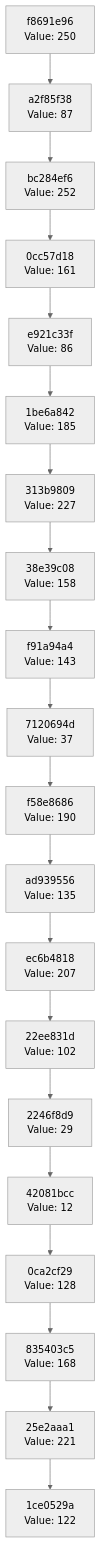
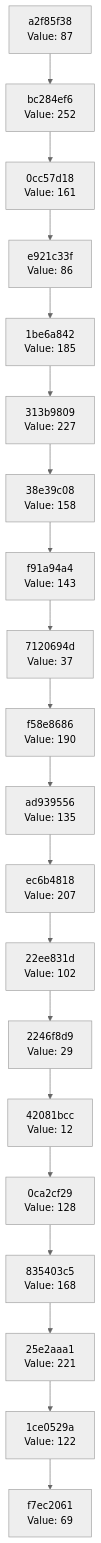
Before and after one commit to Abhisheksinha1506/hash-chain-evolver: the diagram in docs/CHAIN_VISUALIZATION.md, drawn with Mermaid (neutral theme). The commit also changed 2 other files, not shown here.

Commit message:
Evolution Step

````diff
--- a/docs/CHAIN_VISUALIZATION.md
+++ b/docs/CHAIN_VISUALIZATION.md
@@ -3,42 +3,42 @@
 ```mermaid
 graph TD
-    C0["1ce0529a<br/>Value: 122"]
-    C1["25e2aaa1<br/>Value: 221"]
+    C0["f7ec2061<br/>Value: 69"]
+    C1["1ce0529a<br/>Value: 122"]
     C1 --> C0
-    C2["835403c5<br/>Value: 168"]
+    C2["25e2aaa1<br/>Value: 221"]
     C2 --> C1
-    C3["0ca2cf29<br/>Value: 128"]
+    C3["835403c5<br/>Value: 168"]
     C3 --> C2
-    C4["42081bcc<br/>Value: 12"]
+    C4["0ca2cf29<br/>Value: 128"]
     C4 --> C3
-    C5["2246f8d9<br/>Value: 29"]
+    C5["42081bcc<br/>Value: 12"]
     C5 --> C4
-    C6["22ee831d<br/>Value: 102"]
+    C6["2246f8d9<br/>Value: 29"]
     C6 --> C5
-    C7["ec6b4818<br/>Value: 207"]
+    C7["22ee831d<br/>Value: 102"]
     C7 --> C6
-    C8["ad939556<br/>Value: 135"]
+    C8["ec6b4818<br/>Value: 207"]
     C8 --> C7
-    C9["f58e8686<br/>Value: 190"]
+    C9["ad939556<br/>Value: 135"]
     C9 --> C8
-    C10["7120694d<br/>Value: 37"]
+    C10["f58e8686<br/>Value: 190"]
     C10 --> C9
-    C11["f91a94a4<br/>Value: 143"]
+    C11["7120694d<br/>Value: 37"]
     C11 --> C10
-    C12["38e39c08<br/>Value: 158"]
+    C12["f91a94a4<br/>Value: 143"]
     C12 --> C11
-    C13["313b9809<br/>Value: 227"]
+    C13["38e39c08<br/>Value: 158"]
     C13 --> C12
-    C14["1be6a842<br/>Value: 185"]
+    C14["313b9809<br/>Value: 227"]
     C14 --> C13
-    C15["e921c33f<br/>Value: 86"]
+    C15["1be6a842<br/>Value: 185"]
     C15 --> C14
-    C16["0cc57d18<br/>Value: 161"]
+    C16["e921c33f<br/>Value: 86"]
     C16 --> C15
-    C17["bc284ef6<br/>Value: 252"]
+    C17["0cc57d18<br/>Value: 161"]
     C17 --> C16
-    C18["a2f85f38<br/>Value: 87"]
+    C18["bc284ef6<br/>Value: 252"]
     C18 --> C17
-    C19["f8691e96<br/>Value: 250"]
+    C19["a2f85f38<br/>Value: 87"]
     C19 --> C18
 ```
````
